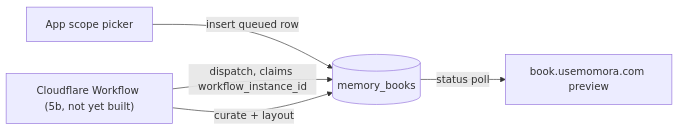
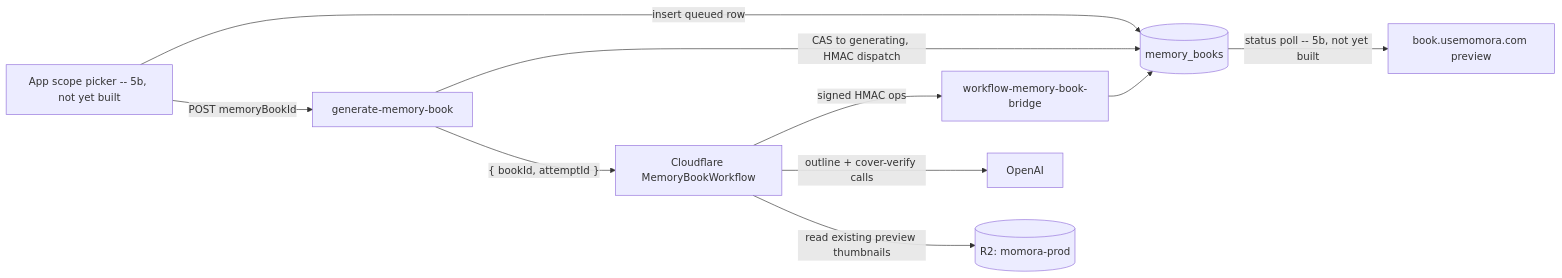
Before and after one commit to eduardoyi/newmomora: the diagram in docs/features/memory-book-generation.md, drawn with Mermaid. The commit also changed other lines of this file and 37 other files, not shown here.

````diff
--- a/docs/features/memory-book-generation.md
+++ b/docs/features/memory-book-generation.md
@@ -39,7 +49,12 @@
 ```mermaid
 flowchart LR
-  A[App scope picker] -->|insert queued row| M[(memory_books)]
-  W["Cloudflare Workflow (5b, not yet built)"] -->|dispatch, claims workflow_instance_id| M
-  W -->|curate + layout| M
-  M -->|status poll| B[book.usemomora.com preview]
+  A[App scope picker -- 5b, not yet built] -->|insert queued row| M[(memory_books)]
+  A -->|POST memoryBookId| D[generate-memory-book]
+  D -->|CAS to generating, HMAC dispatch| M
+  D -->|"{ bookId, attemptId }"| W[Cloudflare MemoryBookWorkflow]
+  W -->|signed HMAC ops| BR[workflow-memory-book-bridge]
+  BR --> M
+  W -->|outline + cover-verify calls| AI[OpenAI]
+  W -->|read existing preview thumbnails| R2[(R2: momora-prod)]
+  M -->|status poll -- 5b, not yet built| B[book.usemomora.com preview]
 ```
````
